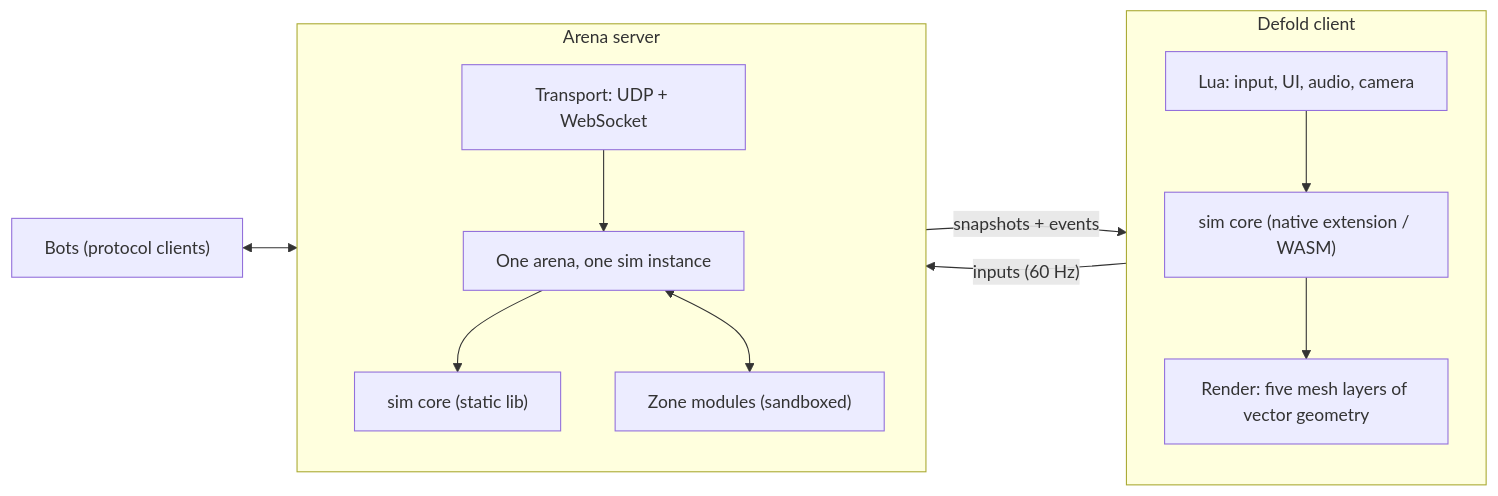
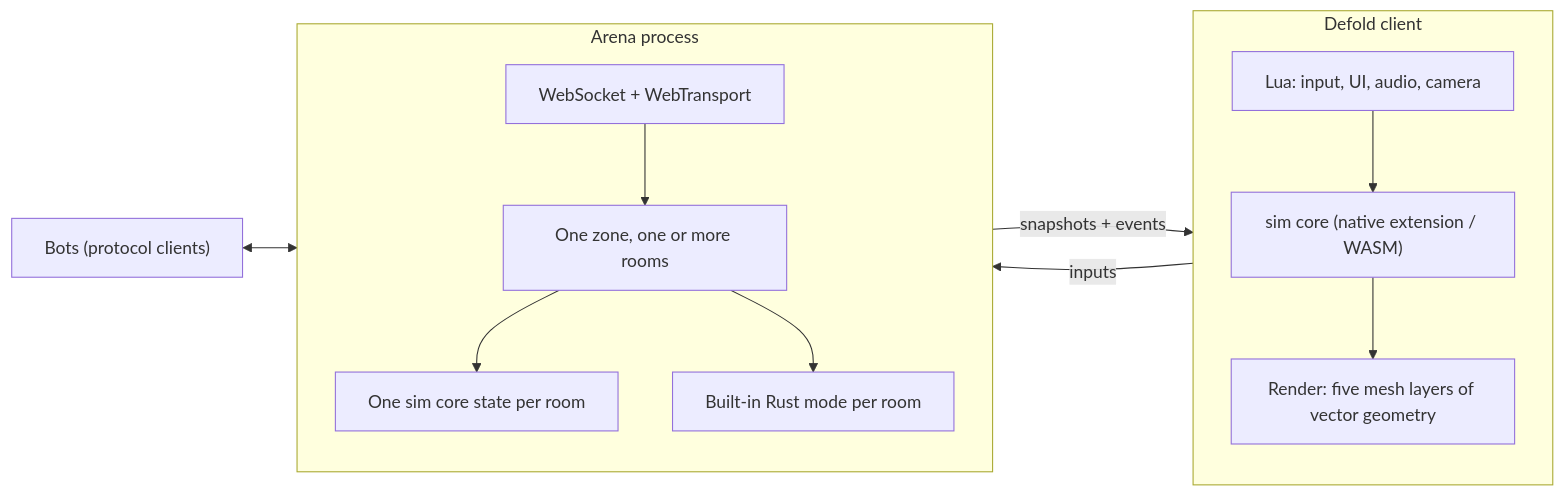
The diagram in docs/architecture/README.md (criccomini/vectorwake), drawn with Mermaid before and after one commit. The commit also changed other lines of this file and 141 other files, not shown here.

````diff
--- a/docs/architecture/README.md
+++ b/docs/architecture/README.md
@@ -56,23 +55,23 @@
 ```mermaid
 flowchart LR
     subgraph Client["Defold client"]
         L["Lua: input, UI, audio, camera"]
         R["Render: five mesh layers of vector geometry"]
         SC1["sim core (native extension / WASM)"]
         L --> SC1
         SC1 --> R
     end
 
-    subgraph Server["Arena server"]
-        NET["Transport: UDP + WebSocket"]
-        AR["One arena, one sim instance"]
-        SC2["sim core (static lib)"]
-        MOD["Zone modules (sandboxed)"]
+    subgraph Server["Arena process"]
+        NET["WebSocket + WebTransport"]
+        AR["One zone, one or more rooms"]
+        SC2["One sim core state per room"]
+        MODE["Built-in Rust mode per room"]
         NET --> AR --> SC2
-        AR <--> MOD
+        AR --> MODE
     end
 
-    Client -- "inputs (60 Hz)" --> Server
+    Client -- "inputs" --> Server
     Server -- "snapshots + events" --> Client
     Bots["Bots (protocol clients)"] <--> Server
 ```
````
